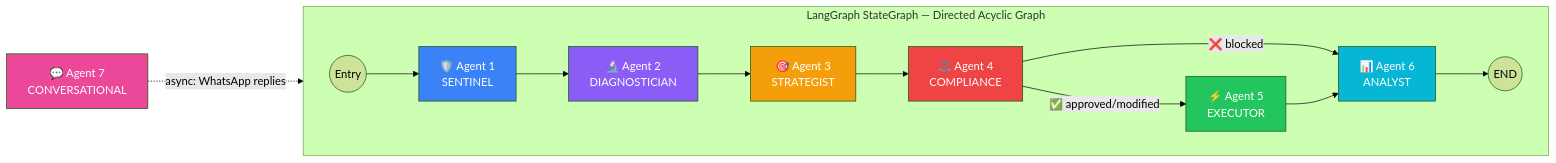
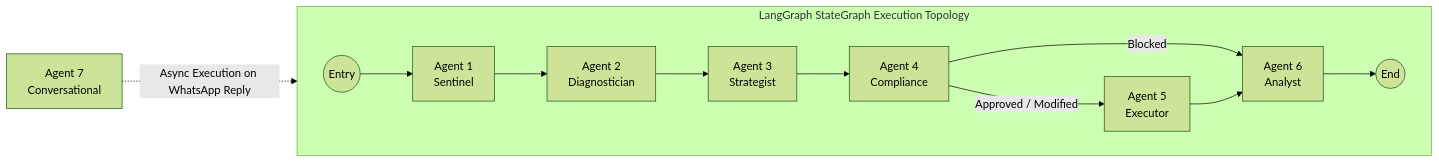
The sixth of 10 diagrams in README.md (Gagan202005/recover-ai), drawn with Mermaid (forest theme) before and after one commit. The commit also changed other lines of this file, not shown here.

````diff
--- a/README.md
+++ b/README.md
@@ -393,24 +382,16 @@
 ```mermaid
 graph LR
-    subgraph DAG["LangGraph StateGraph — Directed Acyclic Graph"]
+    subgraph DAG["LangGraph StateGraph Execution Topology"]
         direction LR
-        ENTRY((Entry)) --> S["🛡️ Agent 1<br/>SENTINEL"]
-        S --> D["🔬 Agent 2<br/>DIAGNOSTICIAN"]
-        D --> ST["🎯 Agent 3<br/>STRATEGIST"]
-        ST --> CO["⚖️ Agent 4<br/>COMPLIANCE"]
-        CO -->|✅ approved/modified| EX["⚡ Agent 5<br/>EXECUTOR"]
-        CO -->|❌ blocked| AN["📊 Agent 6<br/>ANALYST"]
+        ENTRY((Entry)) --> S["Agent 1<br/>Sentinel"]
+        S --> D["Agent 2<br/>Diagnostician"]
+        D --> ST["Agent 3<br/>Strategist"]
+        ST --> CO["Agent 4<br/>Compliance"]
+        CO -->|Approved / Modified| EX["Agent 5<br/>Executor"]
+        CO -->|Blocked| AN["Agent 6<br/>Analyst"]
         EX --> AN
-        AN --> END_NODE((END))
+        AN --> END_NODE((End))
     end
 
-    CA["💬 Agent 7<br/>CONVERSATIONAL"] -.->|"async: WhatsApp replies"| AN
-
-    style S fill:#3b82f6,color:#fff
-    style D fill:#8b5cf6,color:#fff
-    style ST fill:#f59e0b,color:#fff
-    style CO fill:#ef4444,color:#fff
-    style EX fill:#22c55e,color:#fff
-    style AN fill:#06b6d4,color:#fff
-    style CA fill:#ec4899,color:#fff
+    CA["Agent 7<br/>Conversational"] -.->|"Async Execution on WhatsApp Reply"| AN
 ```
````
